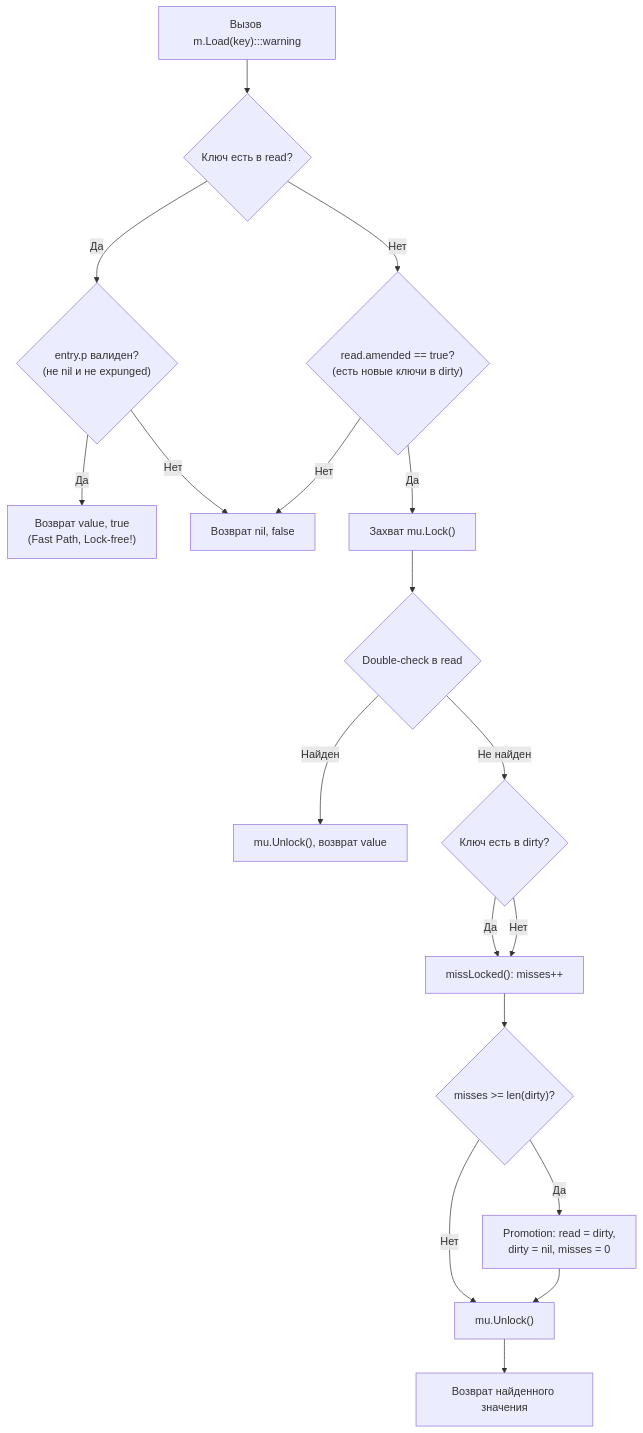
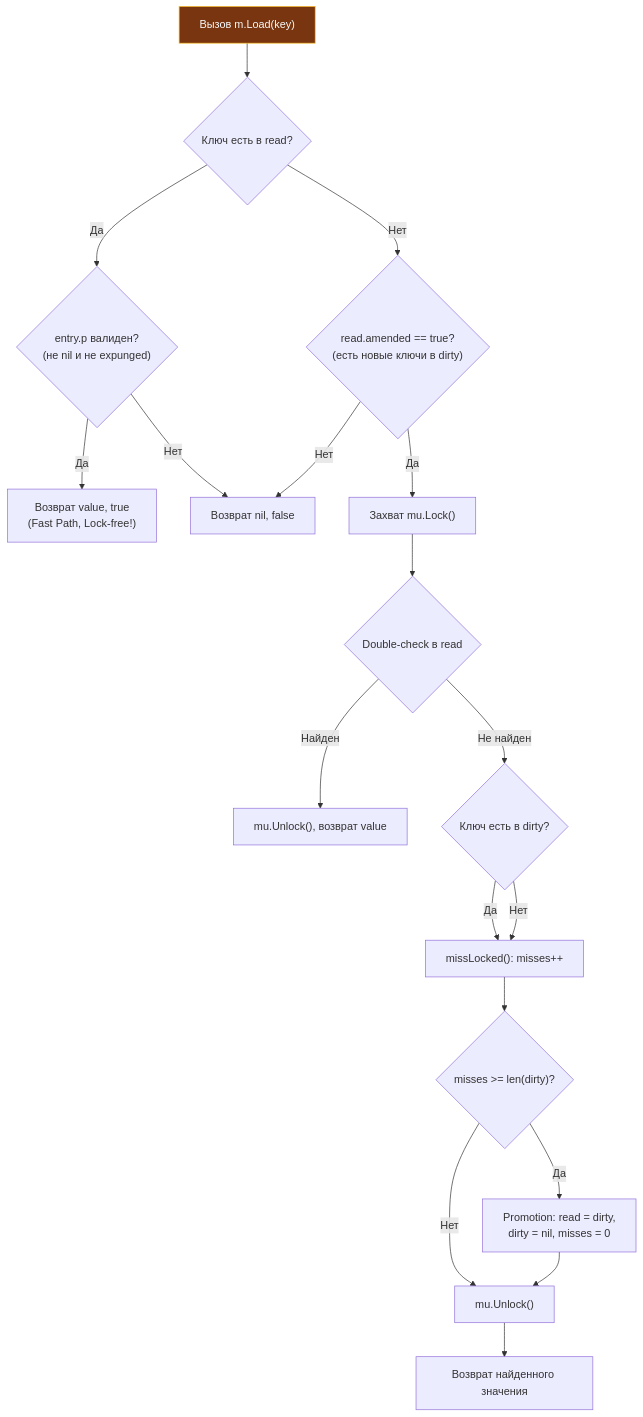
The second of 3 diagrams in sources/7. Глубокий Go (Внутреннее устройство)/33.1. sync_map под капотом. Read и dirty словари.md (UnrealTemplier/go-textbook-ru), drawn with Mermaid before and after one commit. The commit also changed 166 other files, not shown here.

First line of the commit message:
fix(mermaid): move :::class out of quoted node labels

````diff
--- a/sources/7. Глубокий Go (Внутреннее устройство)/33.1. sync_map под капотом. Read и dirty словари.md
+++ b/sources/7. Глубокий Go (Внутреннее устройство)/33.1. sync_map под капотом. Read и dirty словари.md
@@ -102,34 +102,34 @@
 ```mermaid
 flowchart TD
     classDef process  fill:#1e293b,stroke:#38bdf8,stroke-width:1px,color:#f8fafc
     classDef success  fill:#064e3b,stroke:#34d399,stroke-width:1px,color:#f8fafc
     classDef error    fill:#7f1d1d,stroke:#f87171,stroke-width:1px,color:#f8fafc
     classDef warning  fill:#78350f,stroke:#fbbf24,stroke-width:1px,color:#f8fafc
     classDef entry    fill:#1e3a5f,stroke:#38bdf8,stroke-width:2px,color:#f8fafc
     classDef aux      fill:#334155,stroke:#64748b,stroke-width:1px,color:#f8fafc
     classDef system   fill:#312e81,stroke:#a78bfa,stroke-width:1px,color:#f8fafc
     classDef data     fill:#132d29,stroke:#2dd4bf,stroke-width:1px,color:#f8fafc
     classDef network  fill:#881337,stroke:#fb7185,stroke-width:1px,color:#f8fafc
     classDef accent   fill:#1e1b4b,stroke:#818cf8,stroke-width:1px,color:#f8fafc
-    LoadStart["Вызов m.Load(key):::warning"] --> CheckRead{"Ключ есть в read?"}
+    LoadStart["Вызов m.Load(key)"]:::warning --> CheckRead{"Ключ есть в read?"}
     
     CheckRead -- "Да" --> CheckEntry{"entry.p валиден?<br>(не nil и не expunged)"}
     CheckEntry -- "Да" --> ReturnVal["Возврат value, true<br>(Fast Path, Lock-free!)"]
     CheckEntry -- "Нет" --> ReturnNotFound["Возврат nil, false"]
     
     CheckRead -- "Нет" --> CheckAmended{"read.amended == true?<br>(есть новые ключи в dirty)"}
     CheckAmended -- "Нет" --> ReturnNotFound
     
     CheckAmended -- "Да" --> LockMu["Захват mu.Lock()"]
     LockMu --> DoubleCheck{"Double-check в read"}
     DoubleCheck -- "Найден" --> UnlockReturn["mu.Unlock(), возврат value"]
     DoubleCheck -- "Не найден" --> CheckDirty{"Ключ есть в dirty?"}
     
     CheckDirty -- "Да" --> IncMisses["missLocked(): misses++"]
     CheckDirty -- "Нет" --> IncMisses
     IncMisses --> CheckPromo{"misses >= len(dirty)?"}
     CheckPromo -- "Да" --> DoPromo["Promotion: read = dirty,<br>dirty = nil, misses = 0"]
     CheckPromo -- "Нет" --> UnlockDirty["mu.Unlock()"]
     DoPromo --> UnlockDirty
     UnlockDirty --> ReturnDirtyVal["Возврат найденного значения"]
 ```
````
